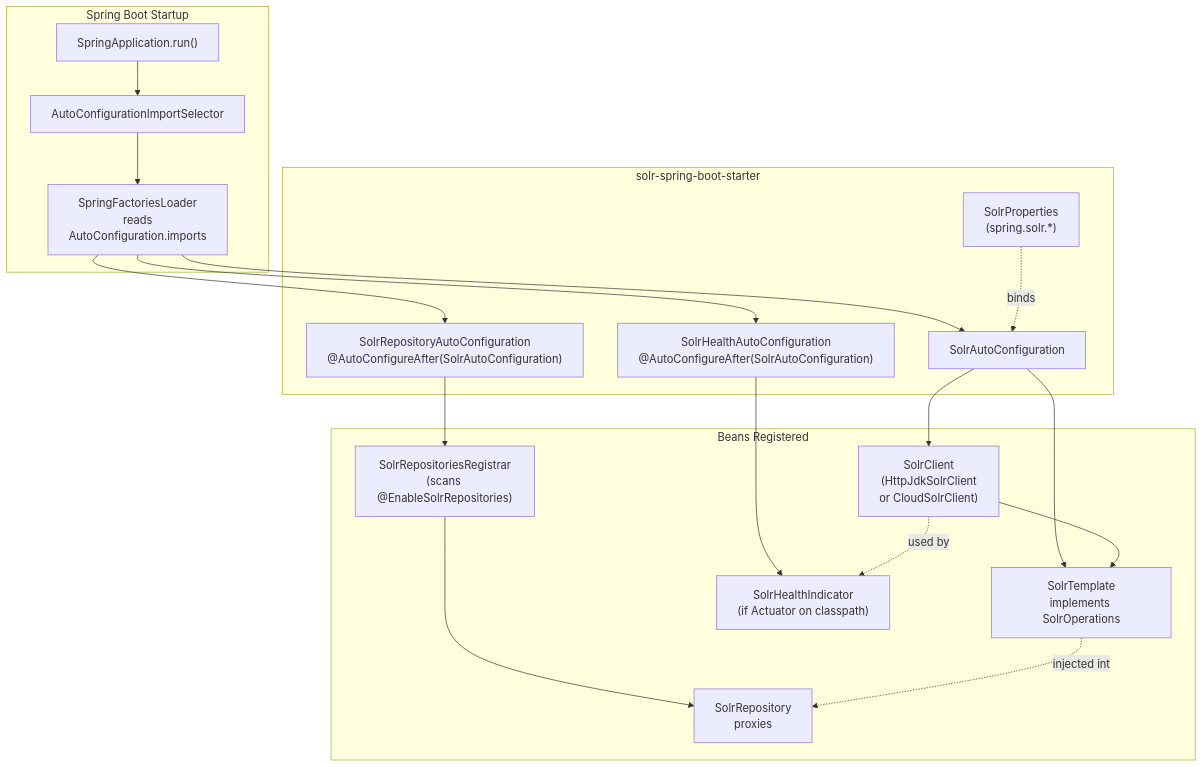
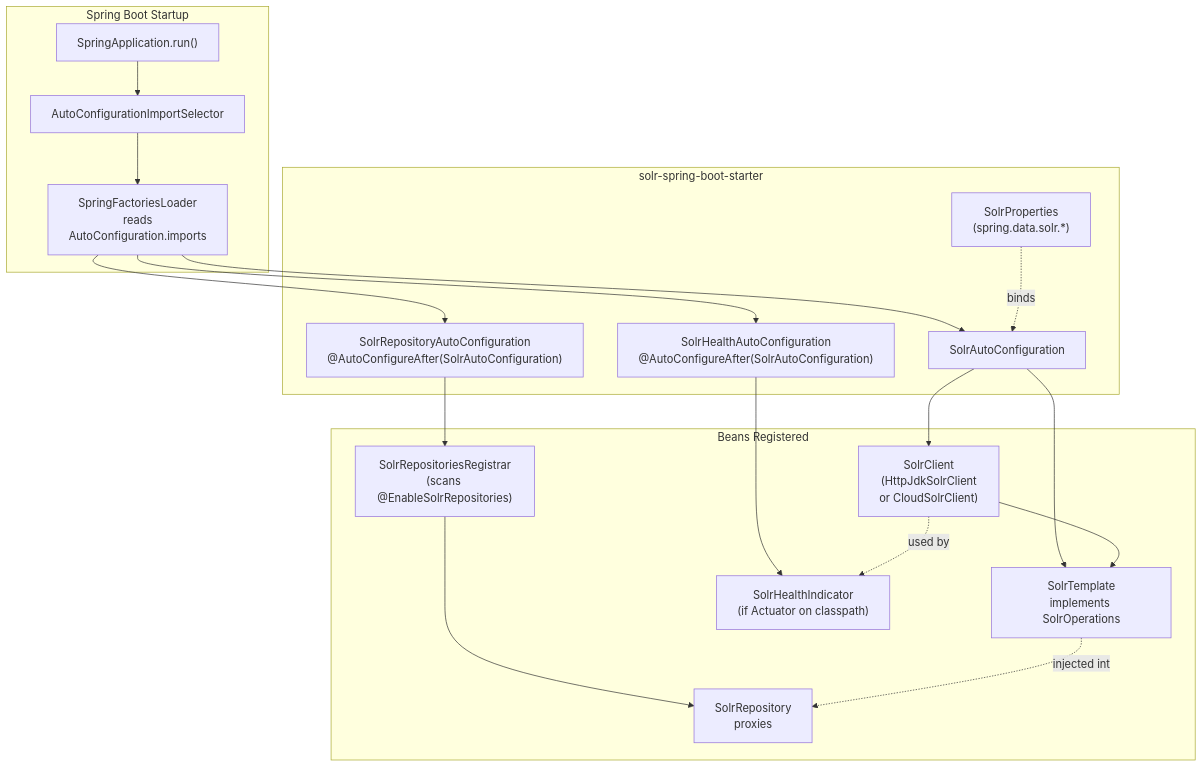
One commit to tomaytotomato/spring-data-solr changed the first of 4 diagrams in docs/ARCHITECTURE.md. Above: the diagram before and after it, drawn with Mermaid. The commit also changed other lines of this file and 15 other files, not shown here.

First line of the commit message:
Rename config prefix spring.solr -> spring.data.solr (#122)

````diff
--- a/docs/ARCHITECTURE.md
+++ b/docs/ARCHITECTURE.md
@@ -17,40 +17,40 @@
 ```mermaid
 flowchart TD
   subgraph BootStartup["Spring Boot Startup"]
     SBA["SpringApplication.run()"]
     AC["AutoConfigurationImportSelector"]
     SFL["SpringFactoriesLoader<br/>reads<br/>AutoConfiguration.imports"]
     SBA --> AC --> SFL
   end
 
   subgraph Starter["solr-spring-boot-starter"]
-    SP["SolrProperties<br/>(spring.solr.*)"]
+    SP["SolrProperties<br/>(spring.data.solr.*)"]
     SAC["SolrAutoConfiguration"]
     SHAC["SolrHealthAutoConfiguration<br/>@AutoConfigureAfter(SolrAutoConfiguration)"]
     SRAC["SolrRepositoryAutoConfiguration<br/>@AutoConfigureAfter(SolrAutoConfiguration)"]
   end
 
   subgraph Beans["Beans Registered"]
     Client["SolrClient<br/>(HttpJdkSolrClient<br/> or CloudSolrClient)"]
     Template["SolrTemplate<br/>implements SolrOperations"]
     Health["SolrHealthIndicator<br/>(if Actuator on classpath)"]
     Registrar["SolrRepositoriesRegistrar<br/>(scans @EnableSolrRepositories)"]
     Repos["SolrRepository<T><br/>proxies"]
   end
 
   SFL --> SAC
   SFL --> SHAC
   SFL --> SRAC
 
   SP -.binds.-> SAC
   SAC --> Client
   SAC --> Template
   Client --> Template
 
   SHAC --> Health
   Client -.used by.-> Health
 
   SRAC --> Registrar
   Registrar --> Repos
   Template -.injected into.-> Repos
 ```
````
